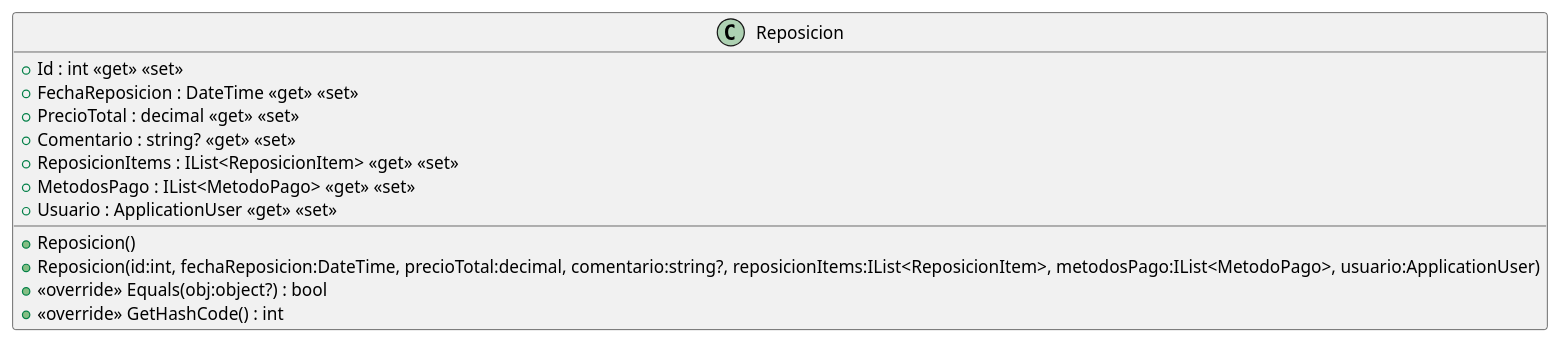
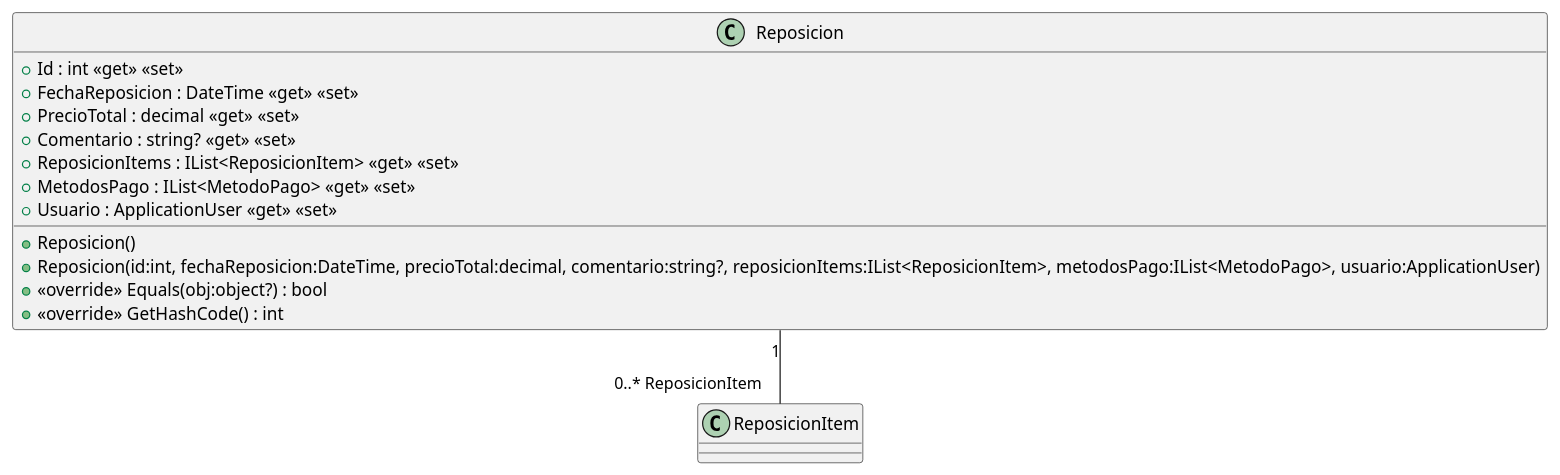
One commit to ISII2627SoftwareEngineers/ISII2627SoftwareEngineers changed the diagram in src/AppForSEII.API/ClassDiagram/Reposicion.puml. Above: the diagram before and after it, drawn with PlantUML. The commit also changed 4 other files, not shown here.

Commit message:
Modificacion diagrama clases CU 2 Reponer libros

```diff
--- a/src/AppForSEII.API/ClassDiagram/Reposicion.puml
+++ b/src/AppForSEII.API/ClassDiagram/Reposicion.puml
@@ -1,15 +1,18 @@
 @startuml
 class Reposicion {
     + Reposicion()
     + Reposicion(id:int, fechaReposicion:DateTime, precioTotal:decimal, comentario:string?, reposicionItems:IList<ReposicionItem>, metodosPago:IList<MetodoPago>, usuario:ApplicationUser)
     + Id : int <<get>> <<set>>
     + FechaReposicion : DateTime <<get>> <<set>>
     + PrecioTotal : decimal <<get>> <<set>>
     + Comentario : string? <<get>> <<set>>
     + ReposicionItems : IList<ReposicionItem> <<get>> <<set>>
     + MetodosPago : IList<MetodoPago> <<get>> <<set>>
     + Usuario : ApplicationUser <<get>> <<set>>
     + <<override>> Equals(obj:object?) : bool
     + <<override>> GetHashCode() : int
 }
+
+Reposicion "1" -- "0..* ReposicionItem" ReposicionItem 
+
 @enduml
```
